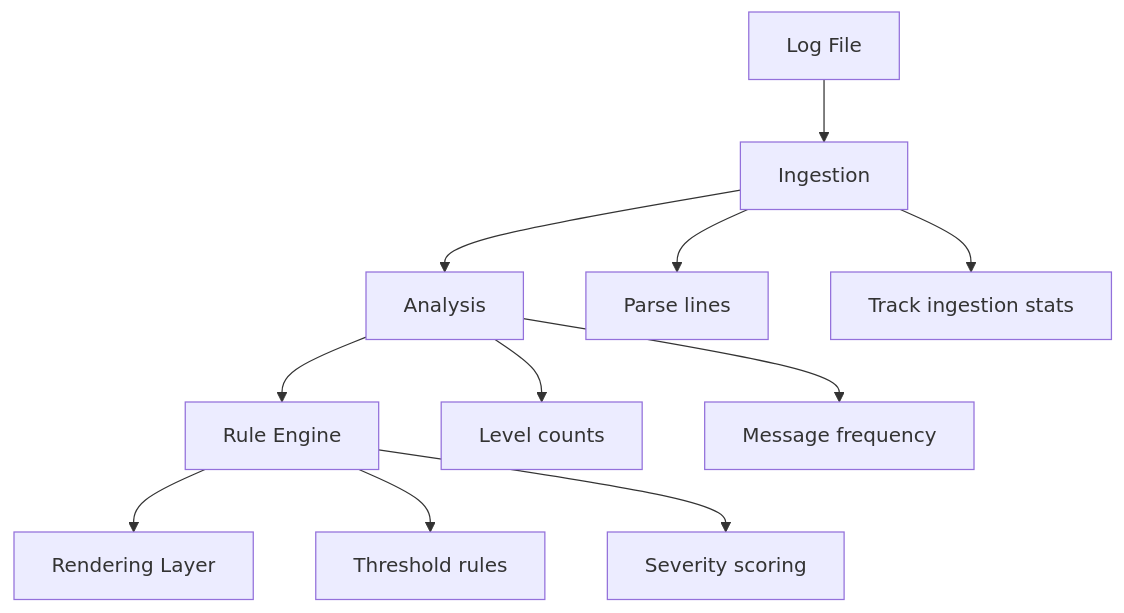
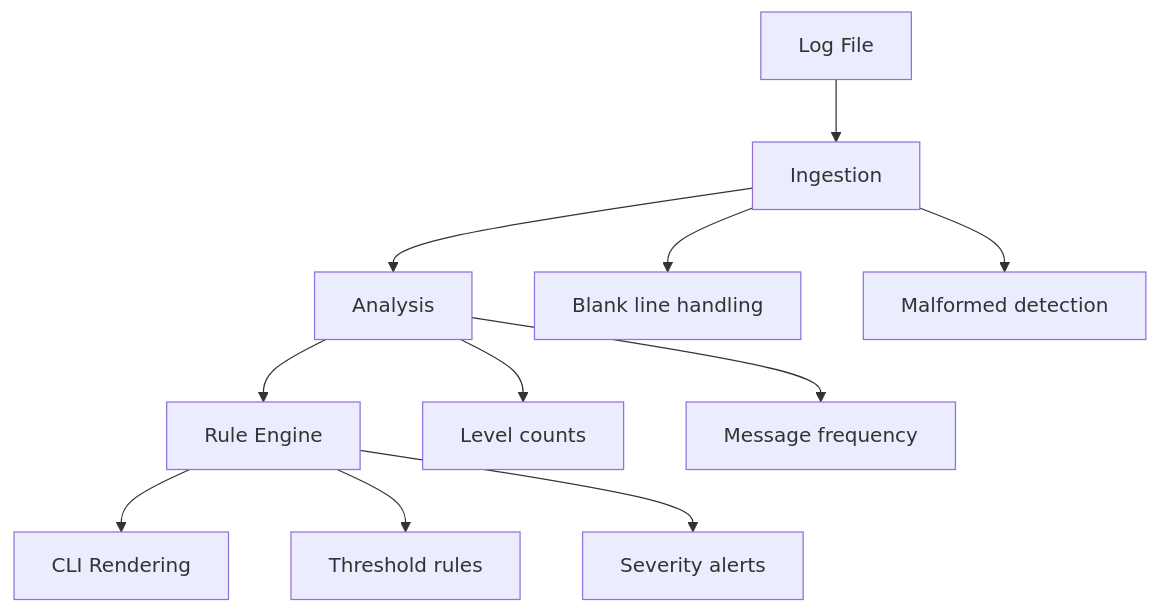
The diagram in README.md (sheev2004-blip/PyLog), drawn with Mermaid before and after one commit. The commit also changed other lines of this file, not shown here.

````diff
--- a/README.md
+++ b/README.md
@@ -76,16 +33,17 @@
 ```mermaid
 flowchart TD
     A[Log File] --> B[Ingestion]
     B --> C[Analysis]
     C --> D[Rule Engine]
-    D --> E[Rendering Layer]
+    D --> E[CLI Rendering]
 
-    B --> B1[Parse lines]
-    B --> B2[Track ingestion stats]
+    B --> B1[Blank line handling]
+    B --> B2[Malformed detection]
 
     C --> C1[Level counts]
     C --> C2[Message frequency]
 
     D --> D1[Threshold rules]
-    D --> D2[Severity scoring]
+    D --> D2[Severity alerts]
+
 ```
````
